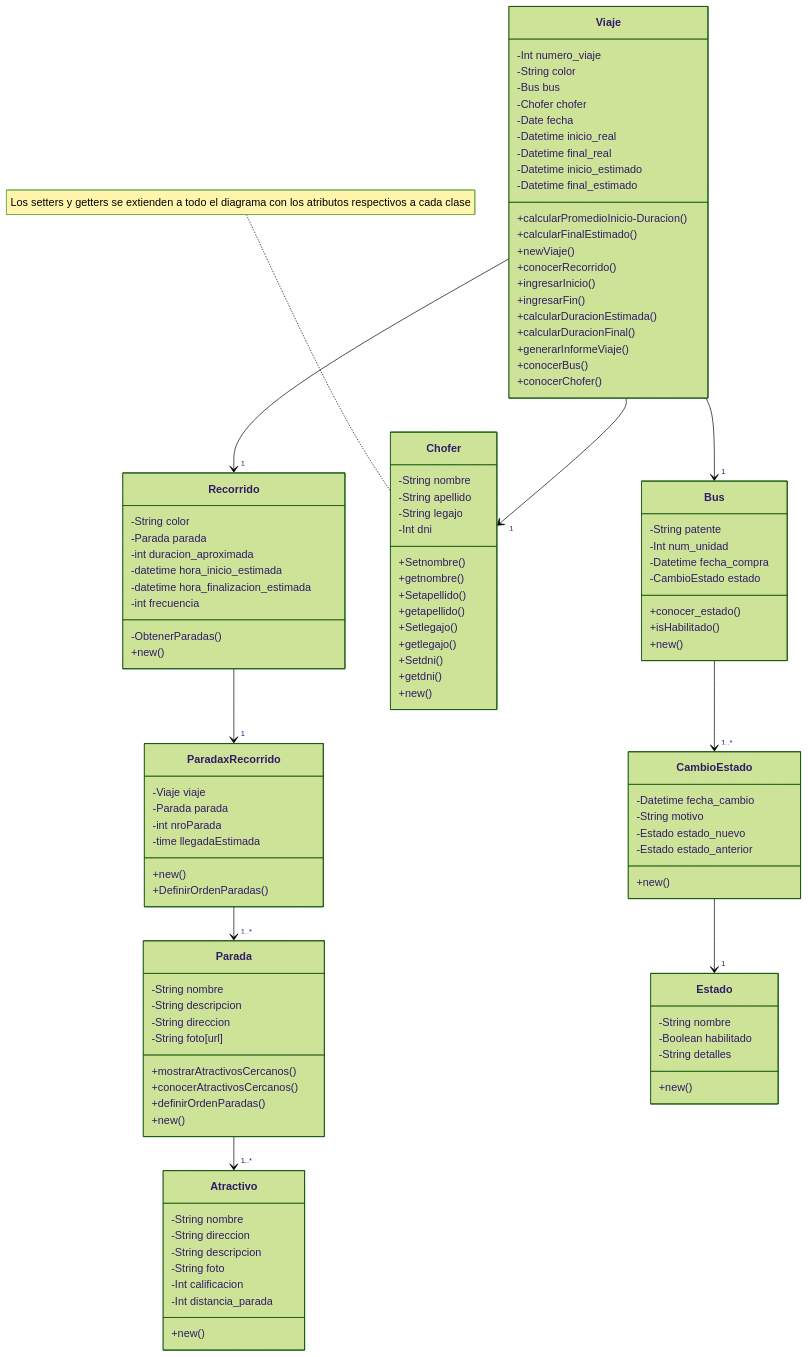
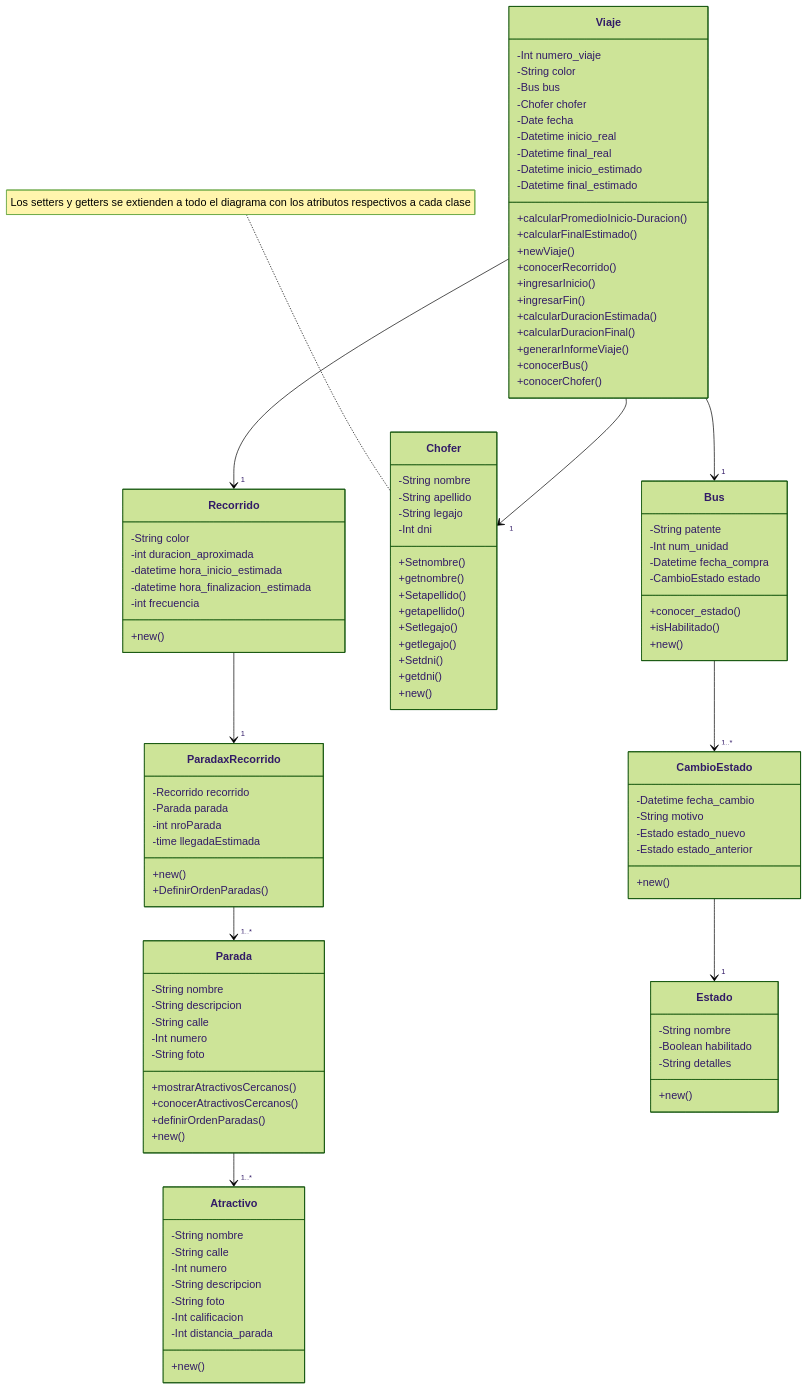
The diagram in README.md (Abril-Teo/BusTuristico), drawn with Mermaid (forest theme) before and after one commit.

```diff
--- a/README.md
+++ b/README.md
@@ -18,19 +18,18 @@
 
     class Recorrido{
         -String color
-        -Parada parada
         -int duracion_aproximada
         -datetime hora_inicio_estimada
         -datetime hora_finalizacion_estimada
         -int frecuencia
-        -ObtenerParadas()
         +new()
     }
     class Parada{
         -String nombre
         -String descripcion
-        -String direccion
-        -String foto[url]
+        -String calle
+        -Int numero
+        -String foto
         +mostrarAtractivosCercanos()
         +conocerAtractivosCercanos()
         +definirOrdenParadas()
@@ -38,7 +37,8 @@
     }
     class Atractivo{
         -String nombre
-        -String direccion
+        -String calle
+        -Int numero
         -String descripcion
         -String foto
         -Int calificacion
@@ -109,7 +109,7 @@
     }
 
     class ParadaxRecorrido {
-        -Viaje viaje
+        -Recorrido recorrido
         -Parada parada
         -int nroParada
         -time llegadaEstimada
```
